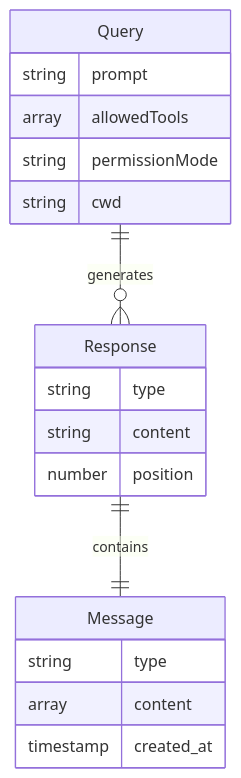
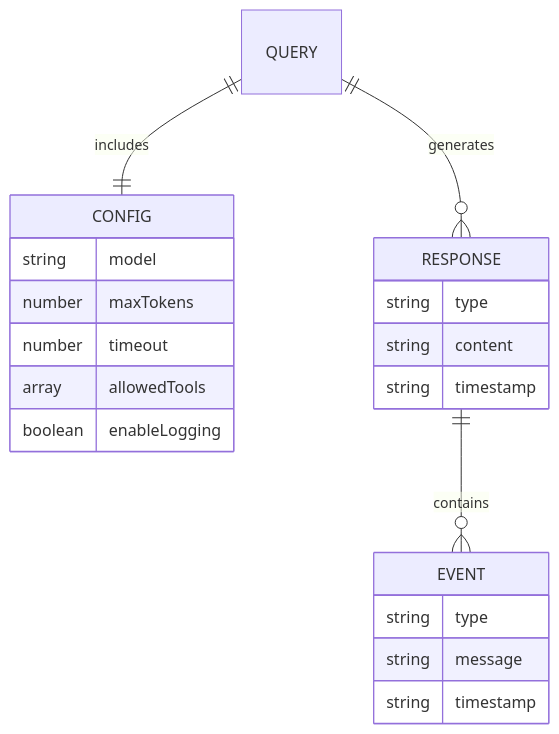
The fifth of 5 diagrams in demo-real/demo-real-Technical-Overview.md (danielli0522/cc-sdk-demo), drawn with Mermaid before and after one commit. The commit also changed other lines of this file and 44 other files, not shown here.

````diff
--- a/demo-real/demo-real-Technical-Overview.md
+++ b/demo-real/demo-real-Technical-Overview.md
@@ -90,21 +168,23 @@
 ```mermaid
 erDiagram
-    Query {
-        string prompt
+    QUERY ||--|| CONFIG : includes
+    QUERY ||--o{ RESPONSE : generates
+    CONFIG {
+        string model
+        number maxTokens
+        number timeout
         array allowedTools
-        string permissionMode
-        string cwd
+        boolean enableLogging
     }
-    Response {
+    RESPONSE {
         string type
         string content
-        number position
+        string timestamp
     }
-    Message {
+    RESPONSE ||--o{ EVENT : contains
+    EVENT {
         string type
-        array content
-        timestamp created_at
+        string message
+        string timestamp
     }
-    Query ||--o{ Response : generates
-    Response ||--|| Message : contains
 ```
````
